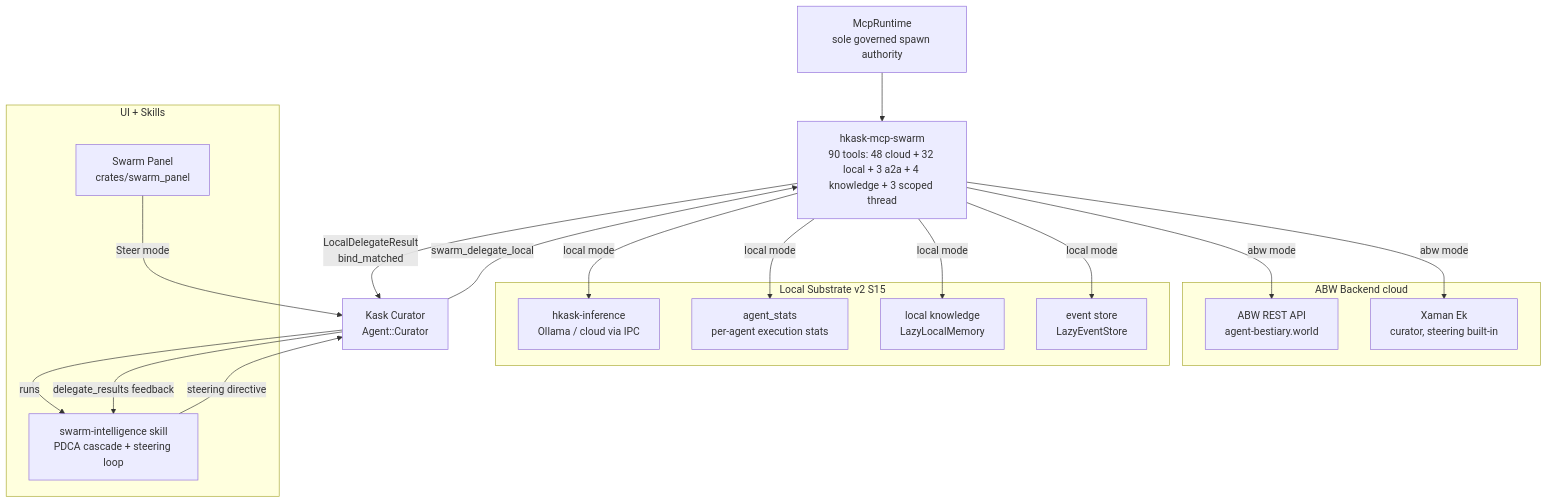
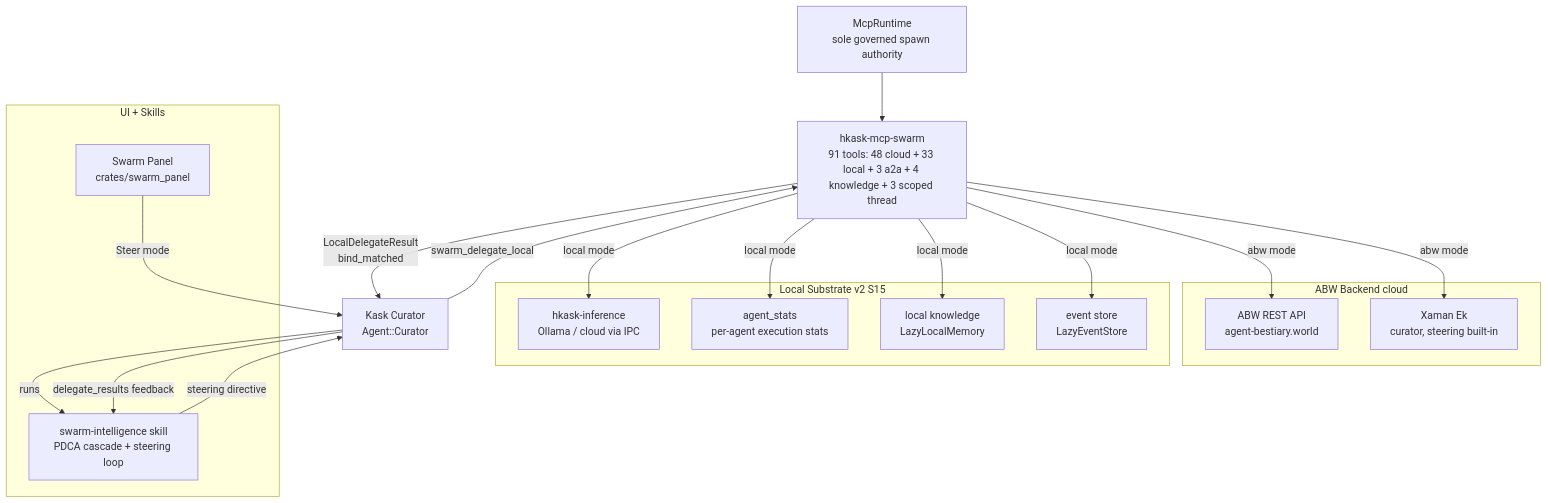
One commit to mdz-axo/zed-kask changed the first of 6 diagrams in kask/docs/diagrams/swarm.md. Above: the diagram before and after it, drawn with Mermaid. The commit also changed other lines of this file and 12 other files, not shown here.

````diff
--- a/kask/docs/diagrams/swarm.md
+++ b/kask/docs/diagrams/swarm.md
@@ -39,36 +39,36 @@
 ```mermaid
 flowchart TD
     MR[McpRuntime<br/>sole governed spawn authority]
-    SWARM[hkask-mcp-swarm<br/>90 tools: 48 cloud + 32 local + 3 a2a + 4 knowledge + 3 scoped thread]
+    SWARM[hkask-mcp-swarm<br/>91 tools: 48 cloud + 33 local + 3 a2a + 4 knowledge + 3 scoped thread]
     MR --> SWARM
 
     subgraph abw[ABW Backend cloud]
         ABW_API[ABW REST API<br/>agent-bestiary.world]
         XAMAN[Xaman Ek<br/>curator, steering built-in]
     end
 
     subgraph local[Local Substrate v2 S15]
         INF[hkask-inference<br/>Ollama / cloud via IPC]
         STATS[agent_stats<br/>per-agent execution stats]
         MEMORY[local knowledge<br/>LazyLocalMemory]
         EVENTS[event store<br/>LazyEventStore]
     end
 
     SWARM -->|abw mode| ABW_API
     SWARM -->|abw mode| XAMAN
     SWARM -->|local mode| INF
     SWARM -->|local mode| STATS
     SWARM -->|local mode| MEMORY
     SWARM -->|local mode| EVENTS
 
     subgraph ui[UI + Skills]
         PANEL[Swarm Panel<br/>crates/swarm_panel]
         SI[swarm-intelligence skill<br/>PDCA cascade + steering loop]
     end
     PANEL -->|Steer mode| CURATOR[Kask Curator<br/>Agent::Curator]
     CURATOR -->|runs| SI
     SI -->|steering directive| CURATOR
     CURATOR -->|swarm_delegate_local| SWARM
     SWARM -->|LocalDelegateResult<br/>bind_matched| CURATOR
     CURATOR -->|delegate_results feedback| SI
 ```
````
